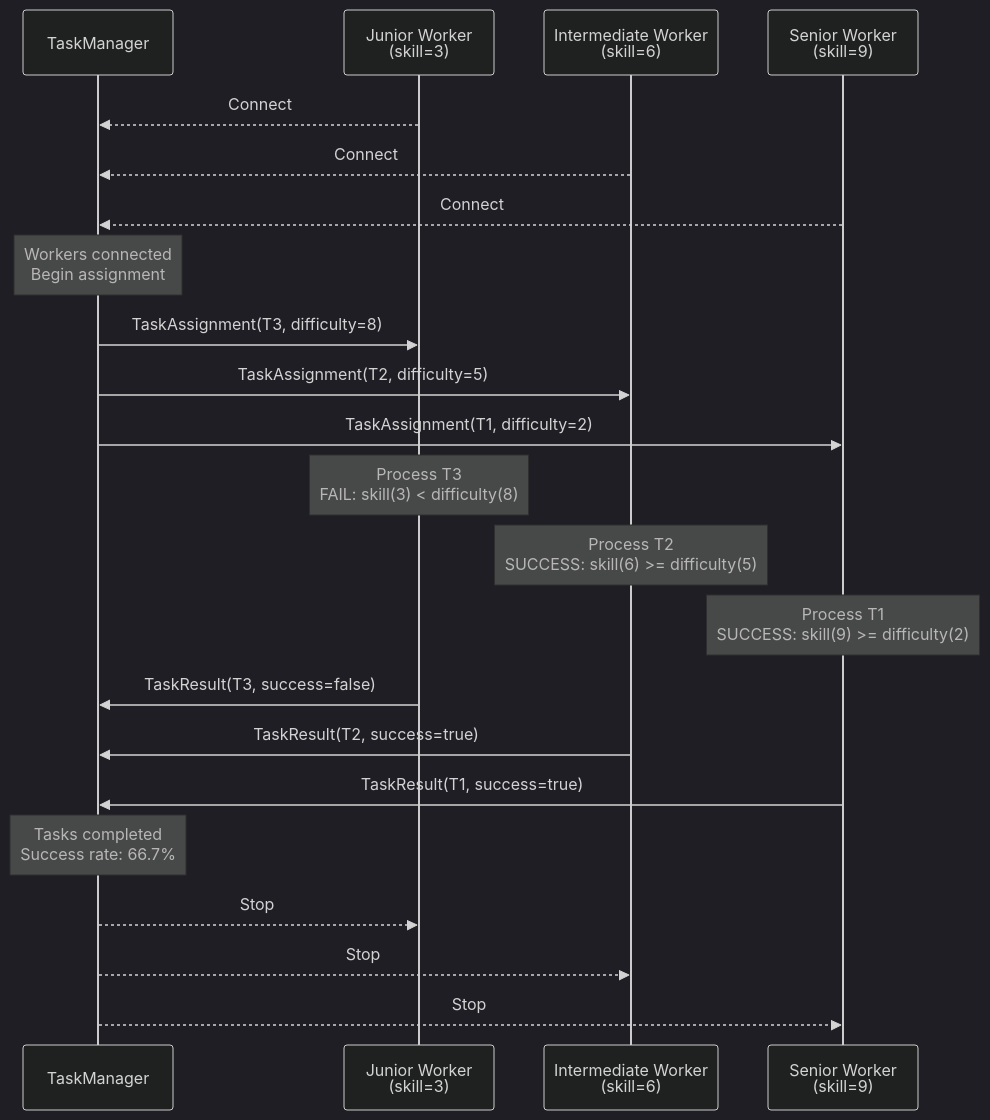
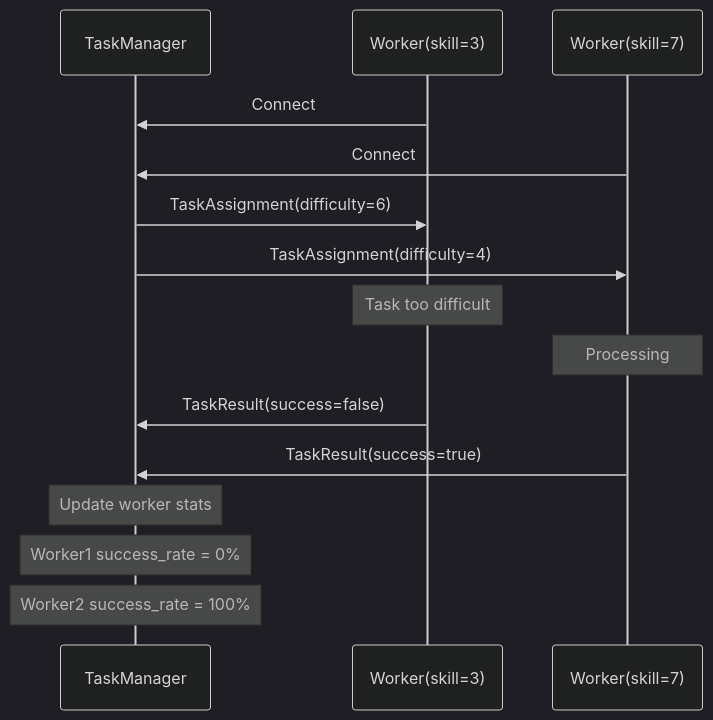
Before and after one commit to ceylonai/ceylon: the second of 3 diagrams in docs/examples/task-manager.md, drawn with Mermaid (dark theme). The commit also changed other lines of this file and 10 other files, not shown here.

`````diff
--- a/docs/examples/task-manager.md
+++ b/docs/examples/task-manager.md
@@ -312,31 +250,22 @@
-````mermaid
+```mermaid
 sequenceDiagram
     participant TM as TaskManager
-    participant JW as Junior Worker<br/>(skill=3)
-    participant IW as Intermediate Worker<br/>(skill=6)
-    participant SW as Senior Worker<br/>(skill=9)
-
-    JW-->>TM: Connect
-    IW-->>TM: Connect
-    SW-->>TM: Connect
-
-    Note over TM: Workers connected<br/>Begin assignment
-
-    TM->>JW: TaskAssignment(T3, difficulty=8)
-    TM->>IW: TaskAssignment(T2, difficulty=5)
-    TM->>SW: TaskAssignment(T1, difficulty=2)
-
-    Note over JW: Process T3<br/>FAIL: skill(3) < difficulty(8)
-    Note over IW: Process T2<br/>SUCCESS: skill(6) >= difficulty(5)
-    Note over SW: Process T1<br/>SUCCESS: skill(9) >= difficulty(2)
-
-    JW->>TM: TaskResult(T3, success=false)
-    IW->>TM: TaskResult(T2, success=true)
-    SW->>TM: TaskResult(T1, success=true)
-
-    Note over TM: Tasks completed<br/>Success rate: 66.7%
-
-    TM-->>JW: Stop
-    TM-->>IW: Stop
-    TM-->>SW: Stop
-````
+    participant W1 as Worker(skill=3)
+    participant W2 as Worker(skill=7)
+    
+    W1->>TM: Connect
+    W2->>TM: Connect
+    
+    TM->>W1: TaskAssignment(difficulty=6)
+    TM->>W2: TaskAssignment(difficulty=4)
+    
+    Note over W1: Task too difficult
+    Note over W2: Processing
+    
+    W1->>TM: TaskResult(success=false)
+    W2->>TM: TaskResult(success=true)
+    
+    Note over TM: Update worker stats
+    Note over TM: Worker1 success_rate = 0%
+    Note over TM: Worker2 success_rate = 100%
+```
`````
